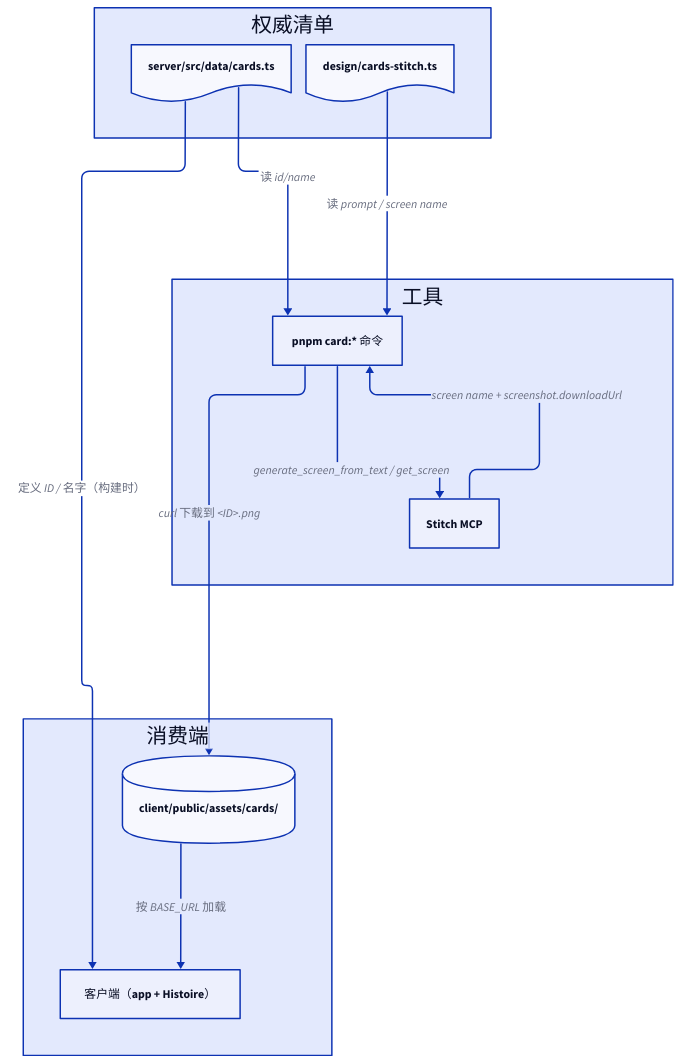
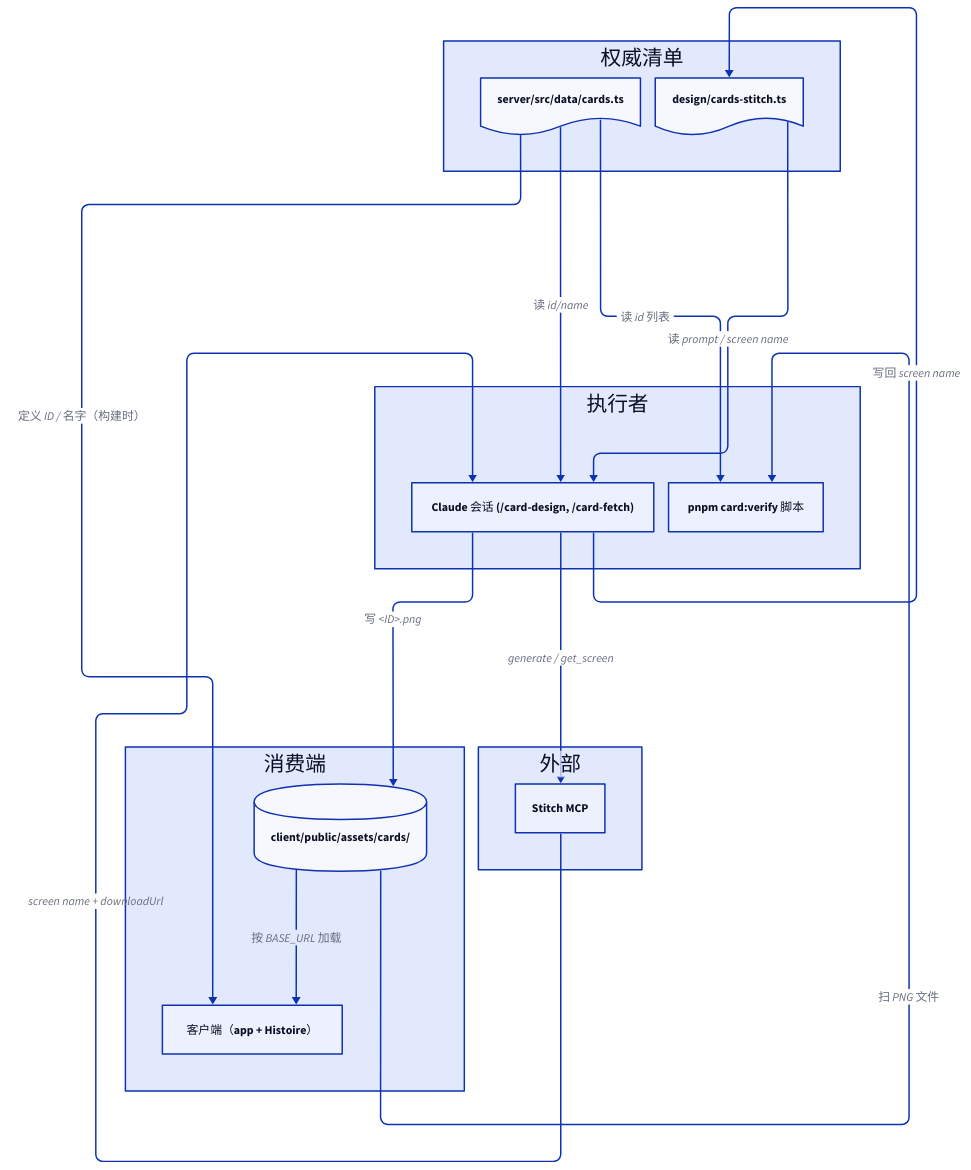
Before and after one commit to xbghc/crime-scene-investigation: the diagram in .claude/blog/diagrams/stitch-card-workflow/pipeline.d2, drawn with D2. The commit also changed 6 other files, not shown here.

First line of the commit message:
docs: fix card-workflow post — split MCP vs npm, tidy CLI-isms

```diff
--- a/.claude/blog/diagrams/stitch-card-workflow/pipeline.d2
+++ b/.claude/blog/diagrams/stitch-card-workflow/pipeline.d2
@@ -1,25 +1,33 @@
 vars: { d2-config: { layout-engine: elk } }
 
 source: 权威清单 {
   server_manifest: server/src/data/cards.ts { shape: document }
   design_manifest: design/cards-stitch.ts { shape: document }
 }
 
-tools: 工具 {
-  cli: pnpm card:* 命令
+runners: 执行者 {
+  claude: Claude 会话 (/card-design, /card-fetch)
+  verify: pnpm card:verify 脚本
+}
+
+external: 外部 {
   stitch: Stitch MCP
 }
 
 sink: 消费端 {
   assets: client/public/assets/cards/ { shape: cylinder }
   client: 客户端（app + Histoire）
 }
 
-source.server_manifest -> tools.cli: 读 id/name
-source.design_manifest -> tools.cli: 读 prompt / screen name
-tools.cli -> tools.stitch: generate_screen_from_text / get_screen
-tools.stitch -> tools.cli: screen name + screenshot.downloadUrl
-tools.cli -> sink.assets: curl 下载到 <ID>.png
+source.server_manifest -> runners.claude: 读 id/name
+source.design_manifest -> runners.claude: 读 prompt / screen name
+runners.claude -> external.stitch: generate / get_screen
+external.stitch -> runners.claude: screen name + downloadUrl
+runners.claude -> sink.assets: 写 <ID>.png
+runners.claude -> source.design_manifest: 写回 screen name
+
+source.server_manifest -> runners.verify: 读 id 列表
+sink.assets -> runners.verify: 扫 PNG 文件
 
 source.server_manifest -> sink.client: 定义 ID / 名字（构建时）
 sink.assets -> sink.client: 按 BASE_URL 加载
```
